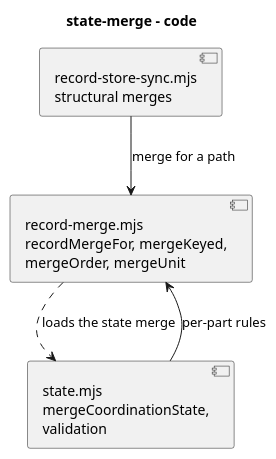
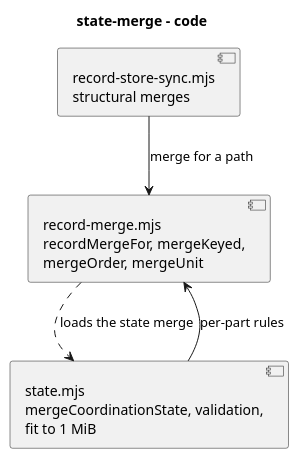
Before and after one commit to RumyantsevMichael/Prism: the diagram in docs/plans/initiative-settings-actions/state-merge/code.puml, drawn with PlantUML. The commit also changed 4 other files, not shown here.

```diff
--- a/docs/plans/initiative-settings-actions/state-merge/code.puml
+++ b/docs/plans/initiative-settings-actions/state-merge/code.puml
@@ -1,9 +1,9 @@
 @startuml
 title state-merge - code
 component "record-store-sync.mjs\nstructural merges" as Sync
 component "record-merge.mjs\nrecordMergeFor, mergeKeyed,\nmergeOrder, mergeUnit" as Merge
-component "state.mjs\nmergeCoordinationState,\nvalidation" as State
+component "state.mjs\nmergeCoordinationState, validation,\nfit to 1 MiB" as State
 Sync --> Merge : merge for a path
 Merge ..> State : loads the state merge
 State --> Merge : per-part rules
 @enduml
```
